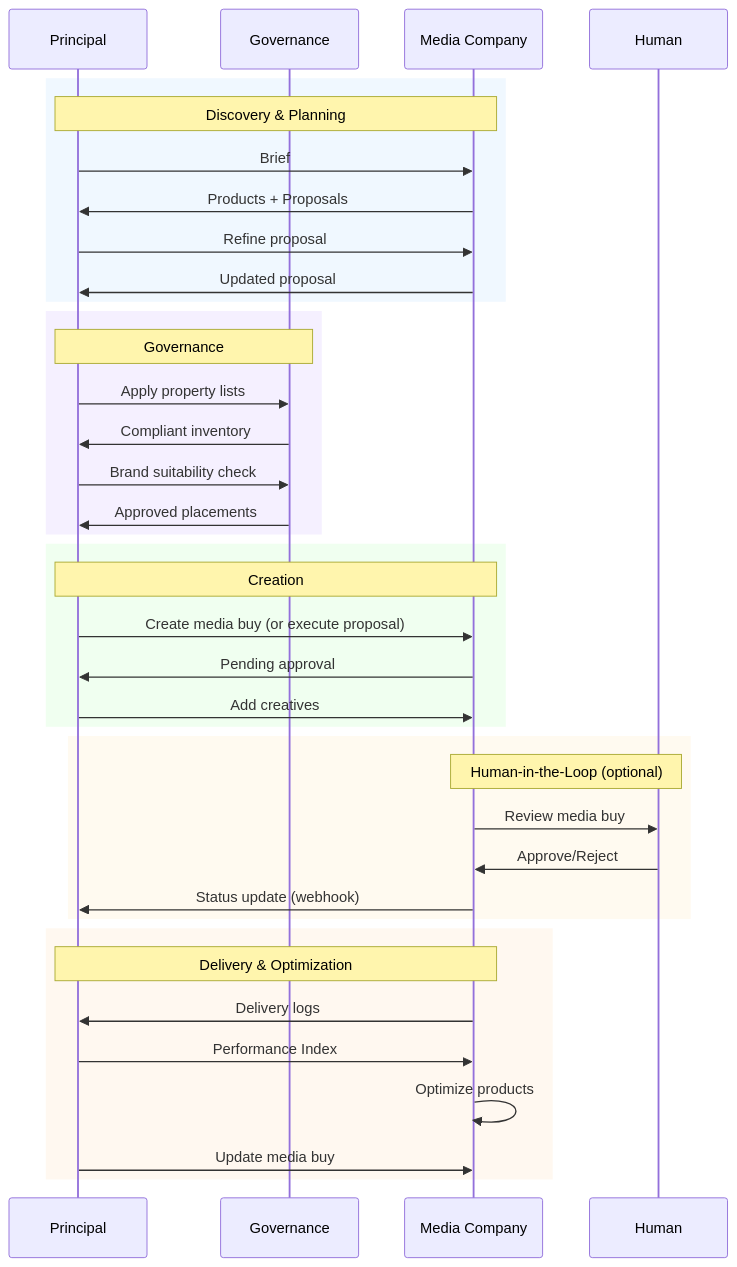
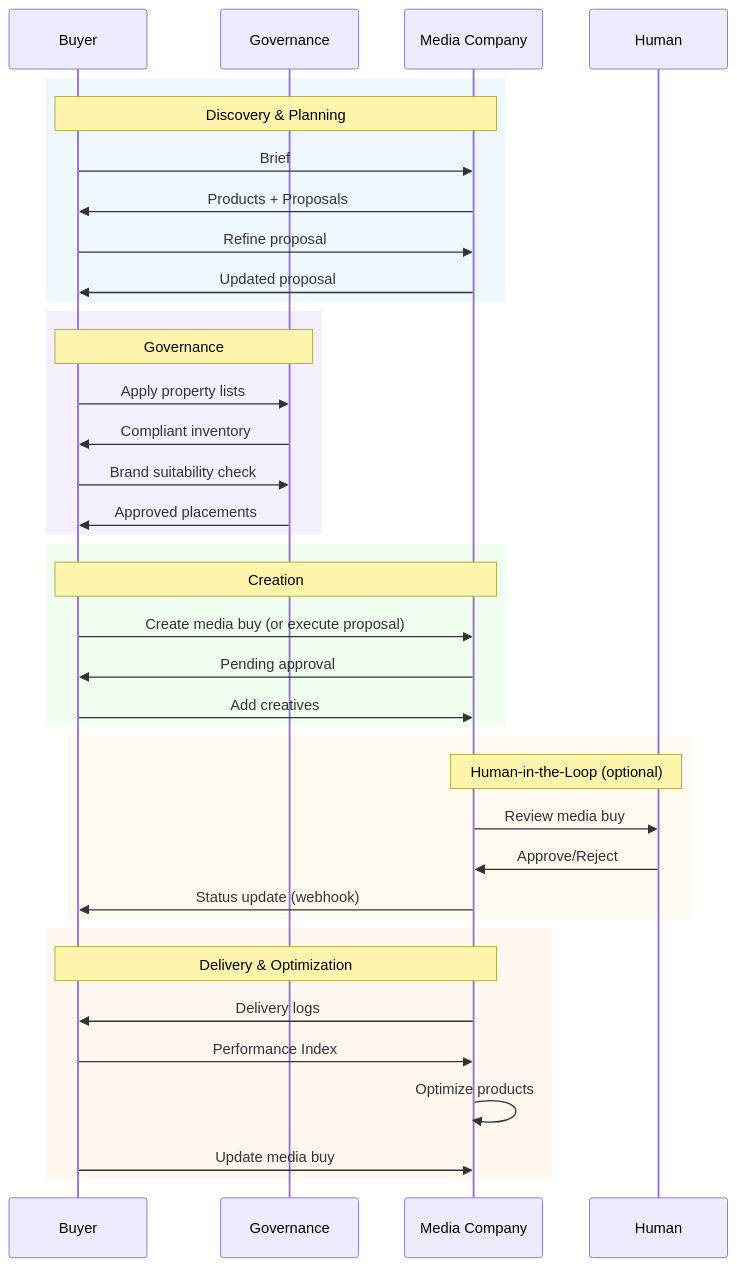
Before and after one commit to adcontextprotocol/adcp: the diagram in docs/media-buy/index.mdx, drawn with Mermaid. The commit also changed other lines of this file and 24 other files, not shown here.

````diff
--- a/docs/media-buy/index.mdx
+++ b/docs/media-buy/index.mdx
@@ -198,45 +198,45 @@
 ```mermaid
 sequenceDiagram
-    participant P as Principal
+    participant P as Buyer
     participant G as Governance
     participant MC as Media Company
     participant H as Human
 
     rect rgb(240, 248, 255)
         Note over P,MC: Discovery & Planning
         P->>MC: Brief
         MC->>P: Products + Proposals
         P->>MC: Refine proposal
         MC->>P: Updated proposal
     end
 
     rect rgb(245, 240, 255)
         Note over P,G: Governance
         P->>G: Apply property lists
         G->>P: Compliant inventory
         P->>G: Brand suitability check
         G->>P: Approved placements
     end
 
     rect rgb(240, 255, 240)
         Note over P,MC: Creation
         P->>MC: Create media buy (or execute proposal)
         MC->>P: Pending approval
         P->>MC: Add creatives
     end
 
     rect rgb(255, 250, 240)
         Note over MC,H: Human-in-the-Loop (optional)
         MC->>H: Review media buy
         H->>MC: Approve/Reject
         MC->>P: Status update (webhook)
     end
 
     rect rgb(255, 248, 240)
         Note over P,MC: Delivery & Optimization
         MC->>P: Delivery logs
         P->>MC: Performance Index
         MC->>MC: Optimize products
         P->>MC: Update media buy
     end
 ```
````
